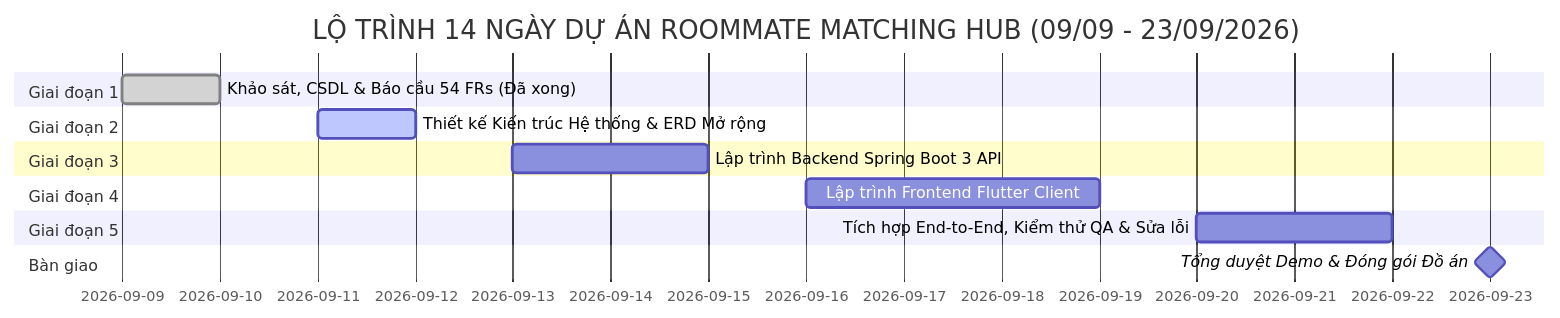
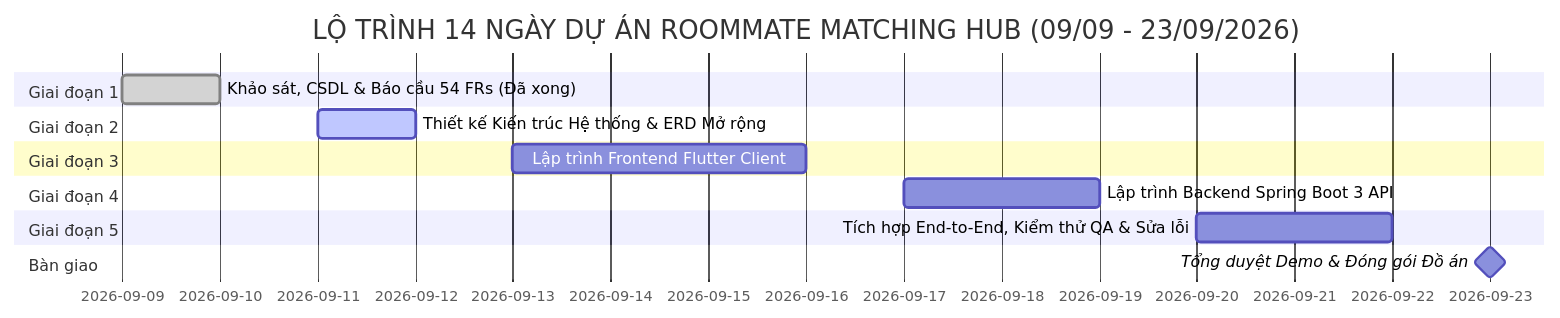
Before and after one commit to PHamHuy-23/Roomate-and-matching-app: the diagram in TASK_ASSIGNMENTS.md, drawn with Mermaid. The commit also changed other lines of this file and 3 other files, not shown here.

Commit message:
docs: Cập nhật kế hoạch dự án, ưu tiên thiết kế Frontend trước Backend

````diff
--- a/TASK_ASSIGNMENTS.md
+++ b/TASK_ASSIGNMENTS.md
@@ -12,17 +12,17 @@
 ```mermaid
 gantt
     title LỘ TRÌNH 14 NGÀY DỰ ÁN ROOMMATE MATCHING HUB (09/09 - 23/09/2026)
     dateFormat  YYYY-MM-DD
     section Giai đoạn 1
     Khảo sát, CSDL & Báo cầu 54 FRs (Đã xong)   :done, p1, 2026-09-09, 2026-09-10
     section Giai đoạn 2
     Thiết kế Kiến trúc Hệ thống & ERD Mở rộng   :active, p2, 2026-09-11, 2026-09-12
     section Giai đoạn 3
-    Lập trình Backend Spring Boot 3 API        :p3, 2026-09-13, 2026-09-15
+    Lập trình Frontend Flutter Client          :p3, 2026-09-13, 2026-09-16
     section Giai đoạn 4
-    Lập trình Frontend Flutter Client          :p4, 2026-09-16, 2026-09-19
+    Lập trình Backend Spring Boot 3 API        :p4, 2026-09-17, 2026-09-19
     section Giai đoạn 5
     Tích hợp End-to-End, Kiểm thử QA & Sửa lỗi :p5, 2026-09-20, 2026-09-22
     section Bàn giao
     Tổng duyệt Demo & Đóng gói Đồ án           :milestone, m1, 2026-09-23, 2026-09-23
 ```
````
